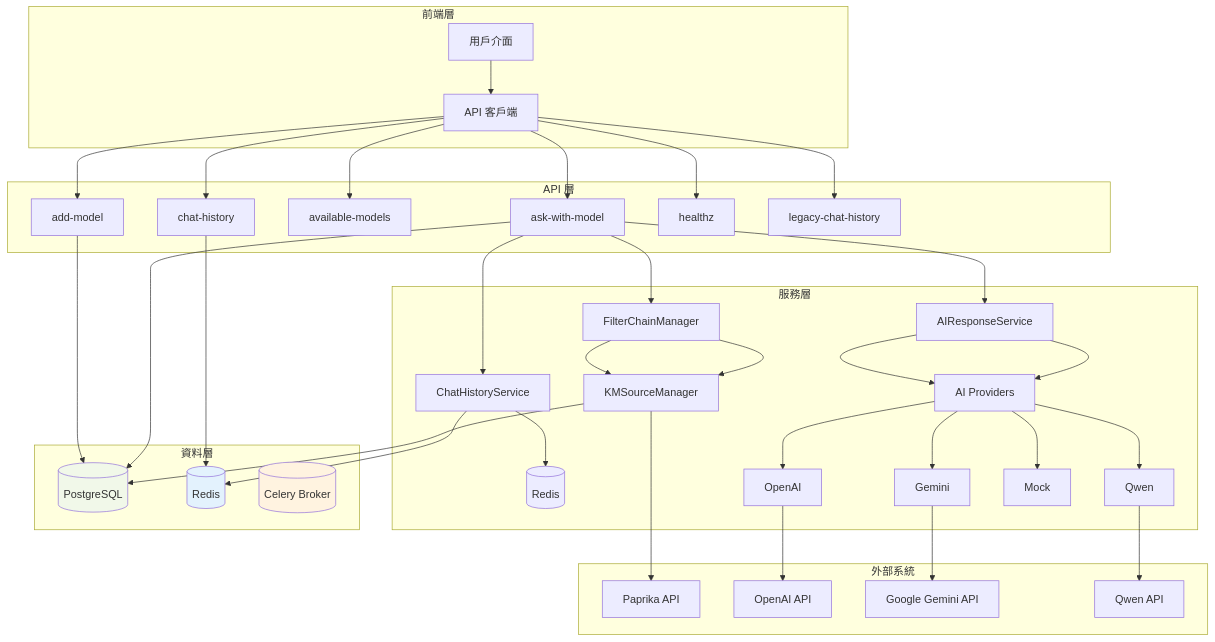
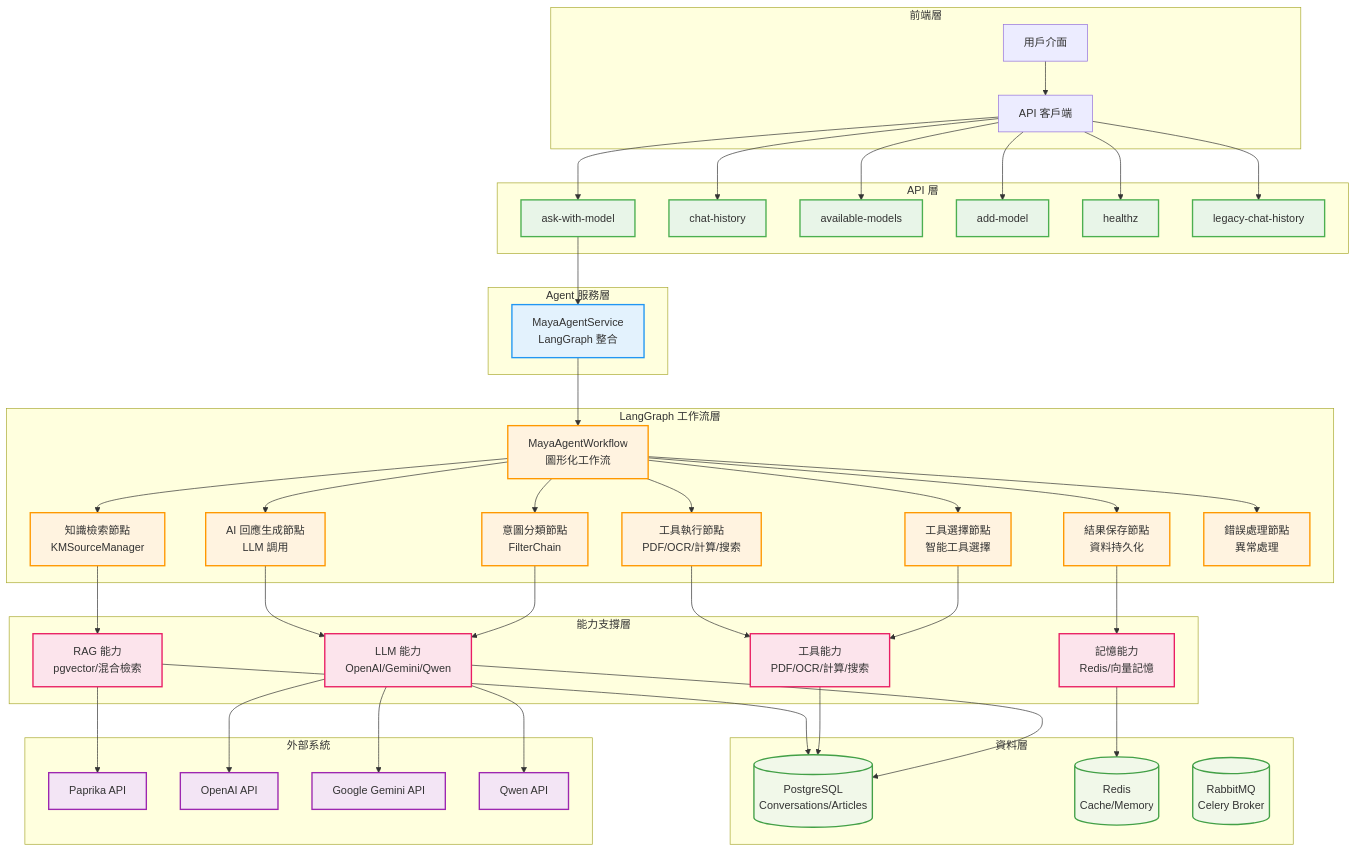
The first of 5 diagrams in README.md (Vinskao/maya-sawa-v2), drawn with Mermaid before and after one commit. The commit also changed other lines of this file and 17 other files, not shown here.

````diff
--- a/README.md
+++ b/README.md
@@ -17,20 +17,32 @@
         B --> A6[legacy-chat-history]
     end
 
-    subgraph "服務層"
-        S1[FilterChainManager] --> S2[KMSourceManager]
-        S3[ChatHistoryService] --> R[(Redis)]
-        S4[AIResponseService] --> P1[AI Providers]
-        P1 --> P1a[OpenAI]
-        P1 --> P1b[Gemini]
-        P1 --> P1c[Qwen]
-        P1 --> P1d[Mock]
+    subgraph "Agent 服務層"
+        AS[MayaAgentService<br/>LangGraph 整合]
+    end
+
+    subgraph "LangGraph 工作流層"
+        WF[MayaAgentWorkflow<br/>圖形化工作流]
+        N1[意圖分類節點<br/>FilterChain]
+        N2[知識檢索節點<br/>KMSourceManager]
+        N3[工具選擇節點<br/>智能工具選擇]
+        N4[工具執行節點<br/>PDF/OCR/計算/搜索]
+        N5[AI 回應生成節點<br/>LLM 調用]
+        N6[結果保存節點<br/>資料持久化]
+        N7[錯誤處理節點<br/>異常處理]
+    end
+
+    subgraph "能力支撐層"
+        LLM[LLM 能力<br/>OpenAI/Gemini/Qwen]
+        TOOLS[工具能力<br/>PDF/OCR/計算/搜索]
+        MEMORY[記憶能力<br/>Redis/向量記憶]
+        RAG[RAG 能力<br/>pgvector/混合檢索]
     end
 
     subgraph "資料層"
-        D1[(PostgreSQL)]
-        D2[(Redis)]
-        D3[(Celery Broker)]
+        D1[(PostgreSQL<br/>Conversations/Articles)]
+        D2[(Redis<br/>Cache/Memory)]
+        D3[(RabbitMQ<br/>Celery Broker)]
     end
 
     subgraph "外部系統"
@@ -40,30 +52,53 @@
         E4[Qwen API]
     end
 
-    %% 關聯
-    A1 --> S1
-    S1 --> S2
-    S2 --> D1
-    A1 --> S3
-    S3 --> D2
-    A1 --> S4
-    S4 --> P1
-    P1a --> E2
-    P1b --> E3
-    P1c --> E4
-    S2 --> E1
+    %% API 到 Agent 服務層
+    A1 --> AS
 
-    %% DB 關聯
-    A1 --> D1
-    A2 --> D2
-    A4 --> D1
+    %% Agent 服務層到工作流層
+    AS --> WF
 
-    %% 註解
-    D1:::db
-    D2:::cache
-    D3:::broker
+    %% 工作流節點連接
+    WF --> N1
+    WF --> N2
+    WF --> N3
+    WF --> N4
+    WF --> N5
+    WF --> N6
+    WF --> N7
 
-    classDef db fill:#f1f8e9
-    classDef cache fill:#e3f2fd
-    classDef broker fill:#fff3e0
+    %% 工作流節點到能力層
+    N1 --> LLM
+    N2 --> RAG
+    N3 --> TOOLS
+    N4 --> TOOLS
+    N5 --> LLM
+    N6 --> MEMORY
+
+    %% 能力層到資料層
+    LLM --> D1
+    TOOLS --> D1
+    MEMORY --> D2
+    RAG --> D1
+
+    %% 外部系統連接
+    LLM --> E2
+    LLM --> E3
+    LLM --> E4
+    RAG --> E1
+
+    %% 樣式定義
+    classDef api fill:#e8f5e8,stroke:#4caf50,stroke-width:2px
+    classDef agent fill:#e3f2fd,stroke:#2196f3,stroke-width:2px
+    classDef workflow fill:#fff3e0,stroke:#ff9800,stroke-width:2px
+    classDef capability fill:#fce4ec,stroke:#e91e63,stroke-width:2px
+    classDef data fill:#f1f8e9,stroke:#43a047,stroke-width:2px
+    classDef external fill:#f3e5f5,stroke:#9c27b0,stroke-width:2px
+
+    class A1,A2,A3,A4,A5,A6 api
+    class AS agent
+    class WF,N1,N2,N3,N4,N5,N6,N7 workflow
+    class LLM,TOOLS,MEMORY,RAG capability
+    class D1,D2,D3 data
+    class E1,E2,E3,E4 external
 ```
````
